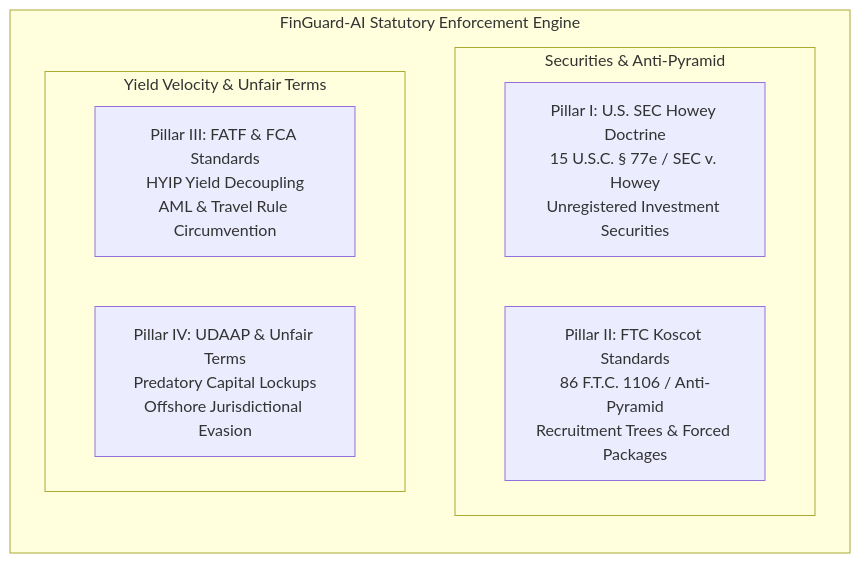
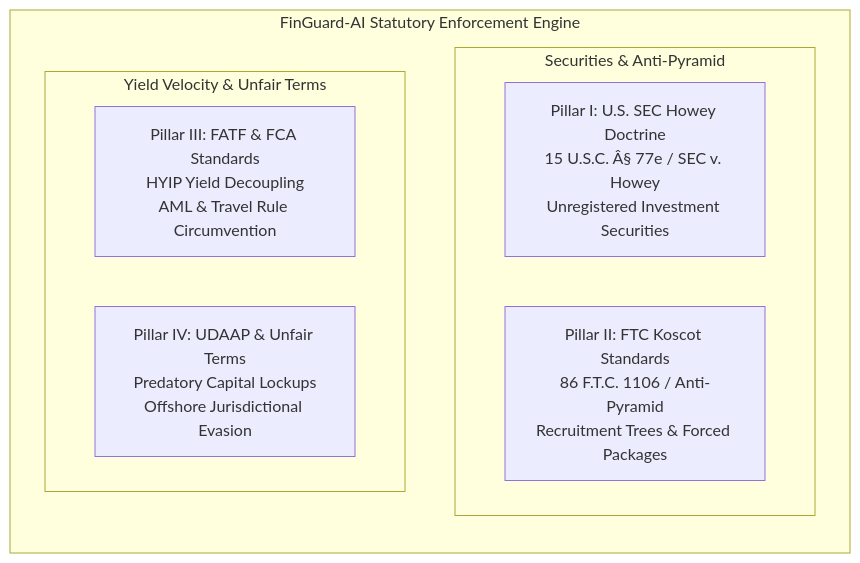
The first of 2 diagrams in README.md (nnn14092004-cyber/finguard-ai), drawn with Mermaid before and after one commit. The commit also changed other lines of this file and 1 other file, not shown here.

````diff
--- a/README.md
+++ b/README.md
@@ -35,14 +35,14 @@
 ```mermaid
 flowchart TD
     subgraph Core ["FinGuard-AI Statutory Enforcement Engine"]
         direction TB
         subgraph Col1 ["Securities & Anti-Pyramid"]
-            P1["Pillar I: U.S. SEC Howey Doctrine<br/>15 U.S.C. § 77e / SEC v. Howey<br/>Unregistered Investment Securities"]
+            P1["Pillar I: U.S. SEC Howey Doctrine<br/>15 U.S.C. Â§ 77e / SEC v. Howey<br/>Unregistered Investment Securities"]
             P2["Pillar II: FTC Koscot Standards<br/>86 F.T.C. 1106 / Anti-Pyramid<br/>Recruitment Trees & Forced Packages"]
         end
         subgraph Col2 ["Yield Velocity & Unfair Terms"]
             P3["Pillar III: FATF & FCA Standards<br/>HYIP Yield Decoupling<br/>AML & Travel Rule Circumvention"]
             P4["Pillar IV: UDAAP & Unfair Terms<br/>Predatory Capital Lockups<br/>Offshore Jurisdictional Evasion"]
         end
     end
 ```
````
